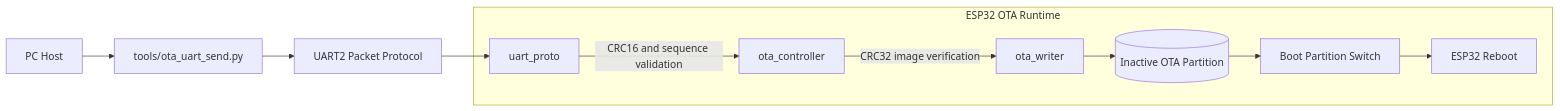
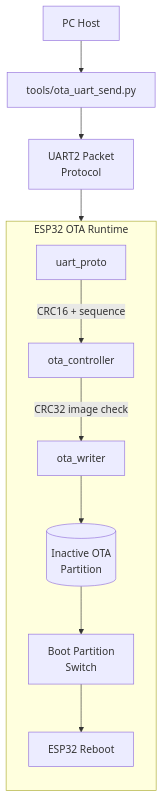
Before and after one commit to MinhQuocNguyenHoang/ESP32_Dual_Bank_OTA_TinyJambu: the second of 2 diagrams in README.md, drawn with Mermaid. The commit also changed other lines of this file, not shown here.

````diff
--- a/README.md
+++ b/README.md
@@ -70,21 +72,22 @@
 ```mermaid
-flowchart LR
+flowchart TB
     Host[PC Host]
     Sender[tools/ota_uart_send.py]
-    UART[UART2 Packet Protocol]
+    UART[UART2 Packet<br/>Protocol]
 
     subgraph ESP32_OTA["ESP32 OTA Runtime"]
+        direction TB
         Proto[uart_proto]
         Controller[ota_controller]
         Writer[ota_writer]
-        Partition[(Inactive OTA Partition)]
-        Boot[Boot Partition Switch]
+        Partition[(Inactive OTA<br/>Partition)]
+        Boot[Boot Partition<br/>Switch]
         Reboot[ESP32 Reboot]
 
-        Proto -->|CRC16 and sequence validation| Controller
-        Controller -->|CRC32 image verification| Writer
+        Proto -->|CRC16 + sequence| Controller
+        Controller -->|CRC32 image check| Writer
         Writer --> Partition --> Boot --> Reboot
     end
 
     Host --> Sender --> UART --> Proto
 ```
````
